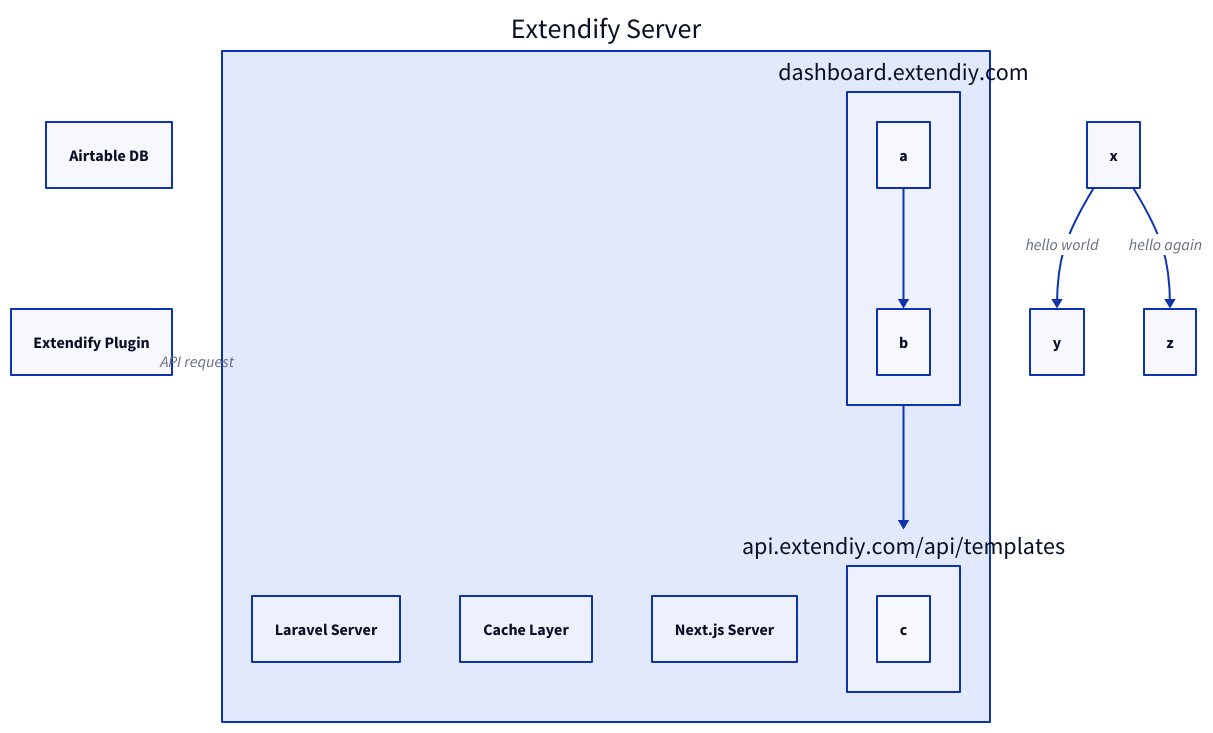
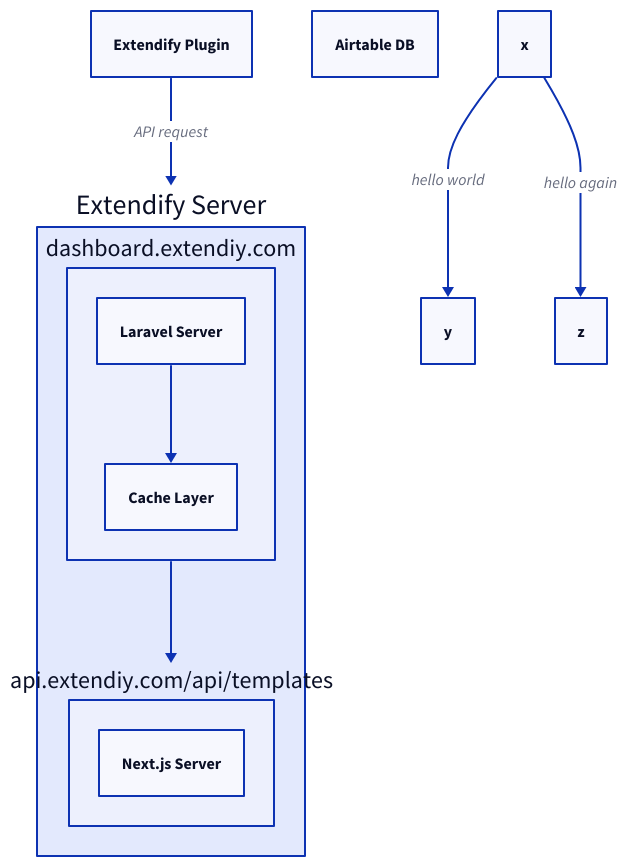
One commit to dgwyer/myapp changed the diagram in d2/file.d2. Above: the diagram before and after it, drawn with D2.

Commit message:
try to render

```diff
--- a/d2/file.d2
+++ b/d2/file.d2
@@ -1,22 +1,21 @@
 a: Extendify Plugin
 e: Airtable DB
 
 extendifyServer: Extendify Server {
-  a: Laravel Server
-  b: Cache Layer
-  c: Next.js Server
-
   dashboardServer: dashboard.extendiy.com {
+    a: Laravel Server
+    b: Cache Layer
     a -> b
   }
 
   apiServer: api.extendiy.com/api/templates {
+    c: Next.js Server
     c
   }
 
   dashboardServer -> apiServer
 }
 
 a -> extendifyServer: API request
 x -> y: hello world
 x -> z: hello again
```
